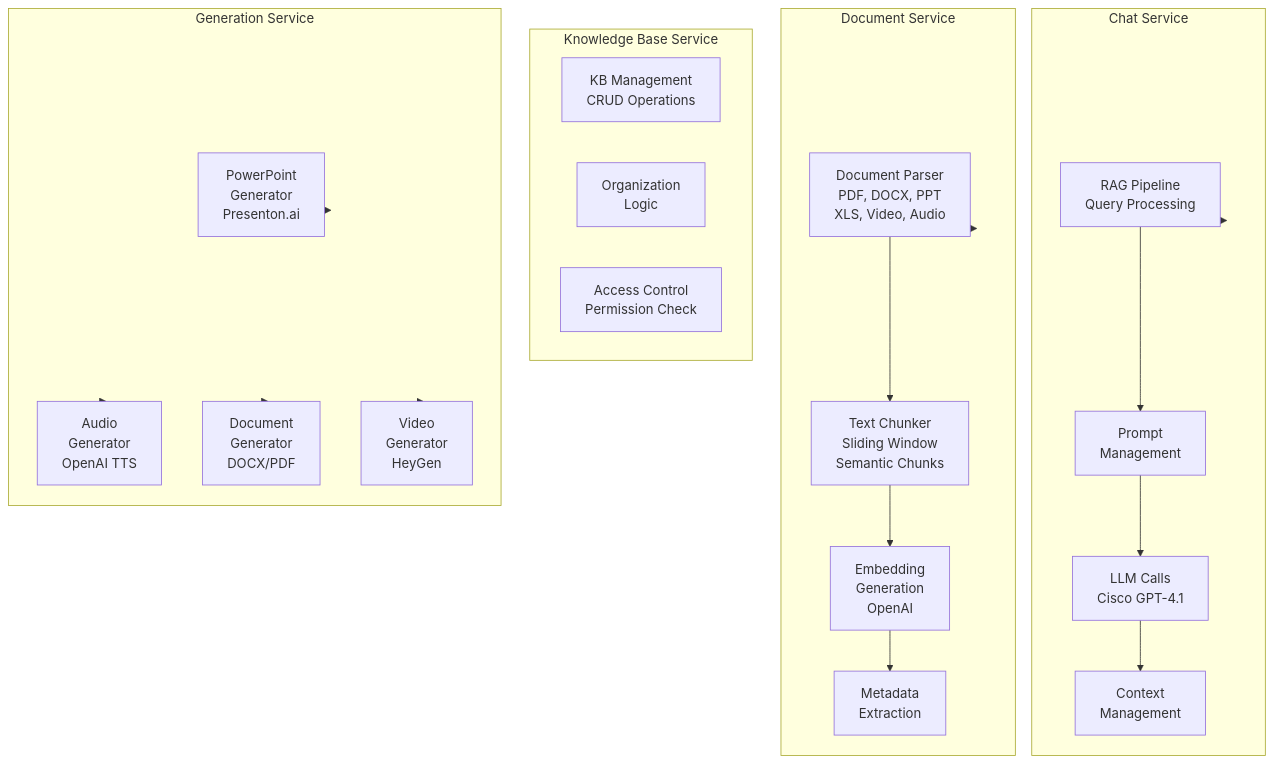
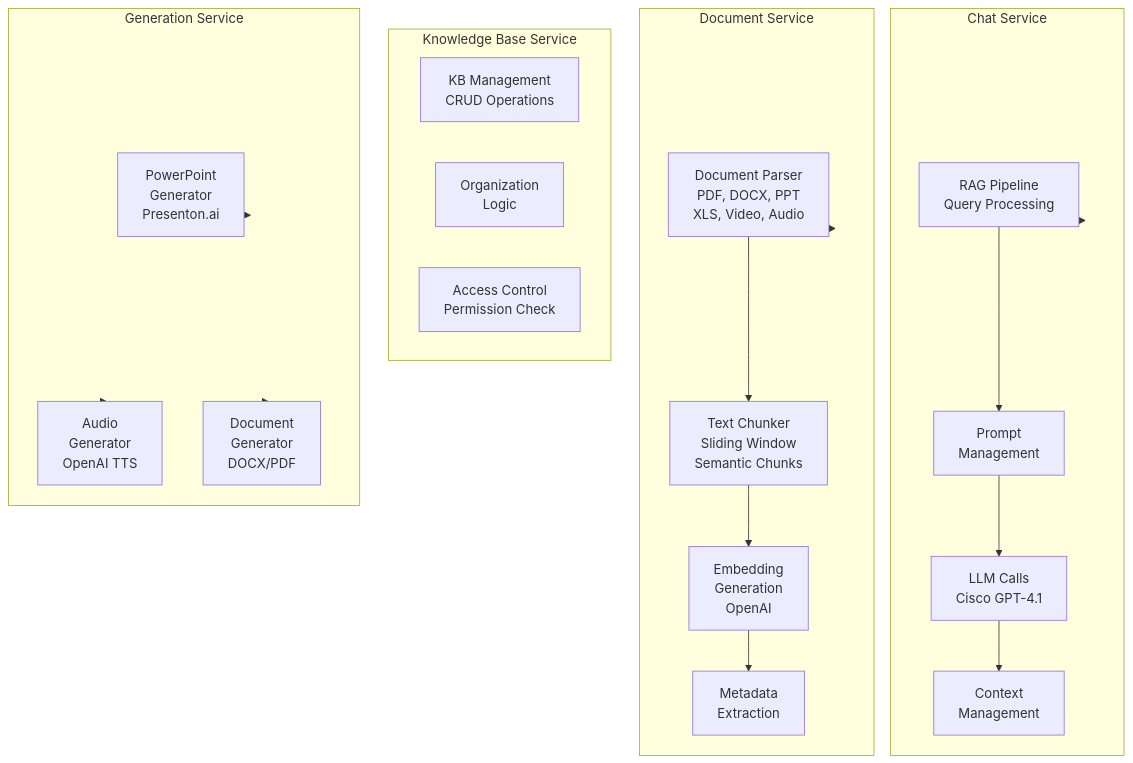
The fourth of 19 diagrams in REFERENCE_ARCHITECTURE.md (thiachan/agent), drawn with Mermaid before and after one commit. The commit also changed other lines of this file and 17 other files, not shown here.

````diff
--- a/REFERENCE_ARCHITECTURE.md
+++ b/REFERENCE_ARCHITECTURE.md
@@ -187,44 +185,42 @@
 ```mermaid
 graph TB
     subgraph ChatService["Chat Service"]
         RAGPipeline["RAG Pipeline\nQuery Processing"]
         PromptMgmt["Prompt\nManagement"]
         LLMCall["LLM Calls\nCisco GPT-4.1"]
         ContextMgmt["Context\nManagement"]
     end
     
     subgraph DocService["Document Service"]
         Parser["Document Parser\nPDF, DOCX, PPT\nXLS, Video, Audio"]
         Chunker["Text Chunker\nSliding Window\nSemantic Chunks"]
         Embedder["Embedding\nGeneration\nOpenAI"]
         MetaExtract["Metadata\nExtraction"]
     end
     
     subgraph KBService["Knowledge Base Service"]
         KBMgmt["KB Management\nCRUD Operations"]
         OrgLogic["Organization\nLogic"]
         AccessCtrl["Access Control\nPermission Check"]
     end
     
     subgraph GenService["Generation Service"]
         PPTGen["PowerPoint\nGenerator\nPresenton.ai"]
         AudioGen["Audio\nGenerator\nOpenAI TTS"]
         DocGen["Document\nGenerator\nDOCX/PDF"]
-        VideoGen["Video\nGenerator\nHeyGen"]
     end
     
     ChatService --> RAGPipeline
     RAGPipeline --> PromptMgmt
     PromptMgmt --> LLMCall
     LLMCall --> ContextMgmt
     
     DocService --> Parser
     Parser --> Chunker
     Chunker --> Embedder
     Embedder --> MetaExtract
     
     GenService --> PPTGen
     GenService --> AudioGen
     GenService --> DocGen
-    GenService --> VideoGen
 ```
````
